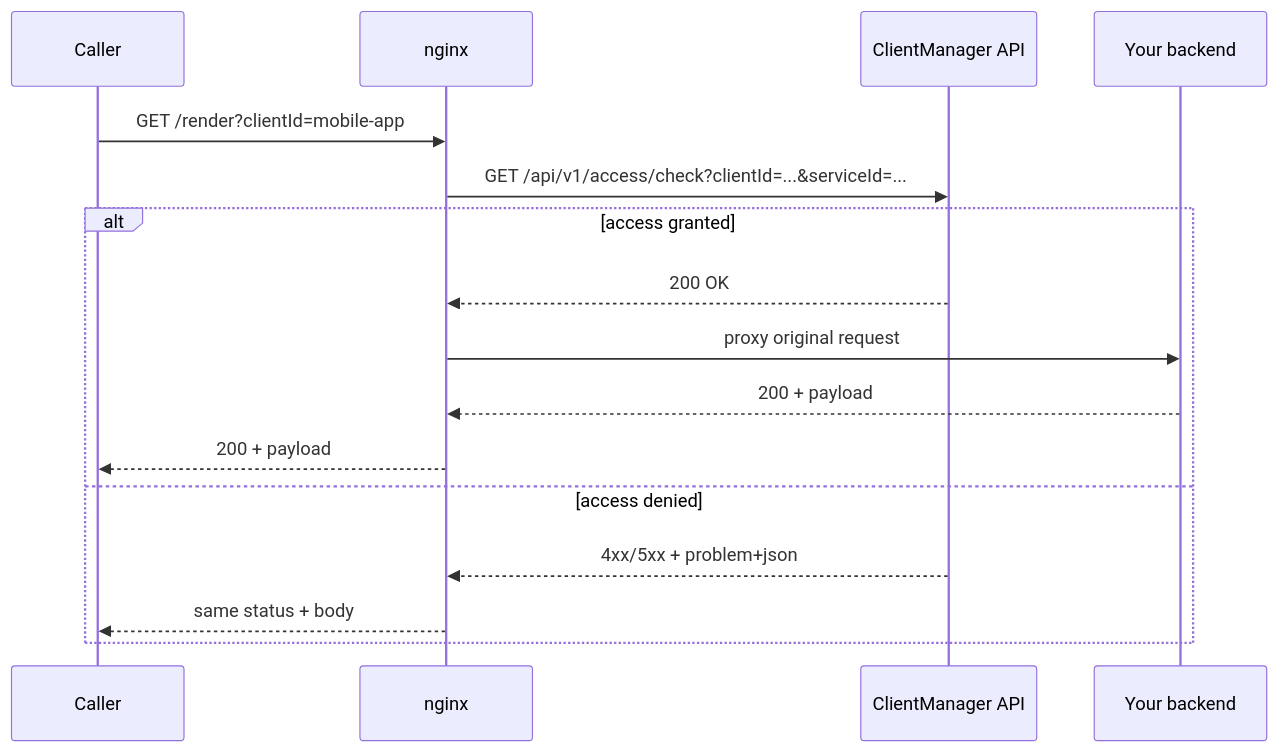
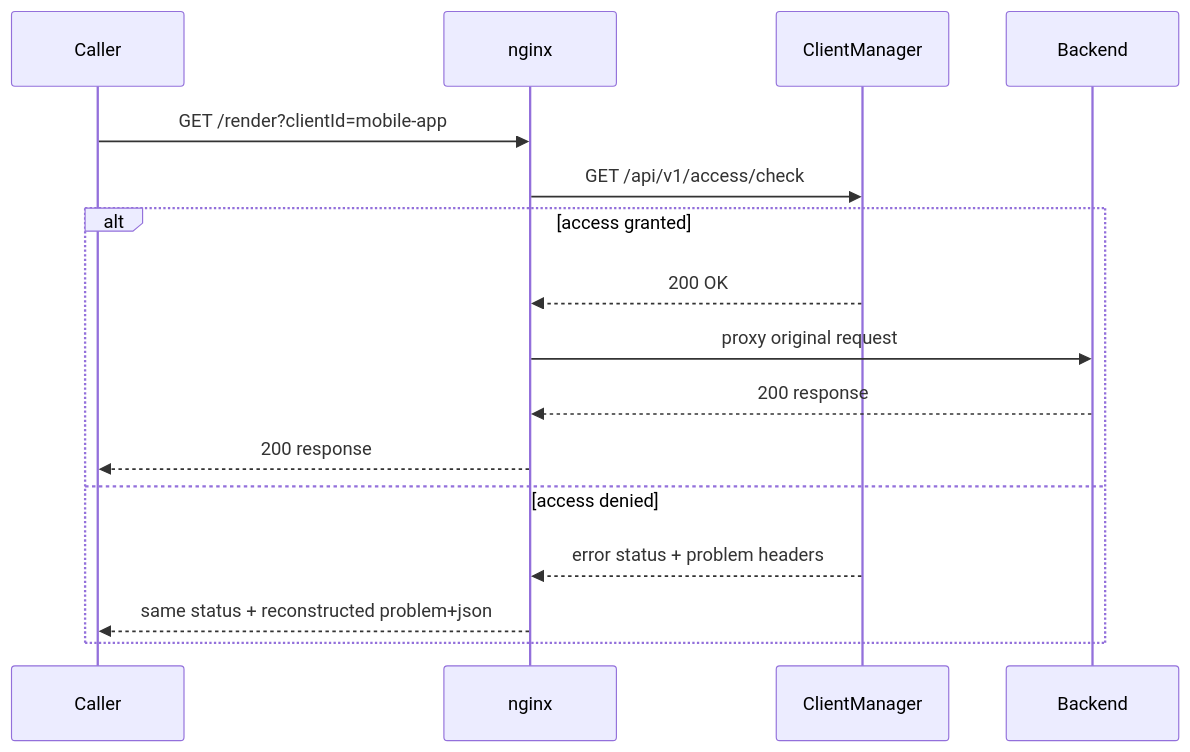
One commit to ShaharMS/ClientManager changed the first of 2 diagrams in docs/integration-guide.md. Above: the diagram before and after it, drawn with Mermaid. The commit also changed other lines of this file and 6 other files, not shown here.

First line of the commit message:
docs: document problem response headers and nginx integration

````diff
--- a/docs/integration-guide.md
+++ b/docs/integration-guide.md
@@ -62,19 +71,19 @@
 ```mermaid
 sequenceDiagram
     participant User as Caller
     participant Nginx as nginx
-    participant CM as ClientManager API
-    participant App as Your backend
+    participant CM as ClientManager
+    participant App as Backend
 
     User->>Nginx: GET /render?clientId=mobile-app
-    Nginx->>CM: GET /api/v1/access/check?clientId=...&serviceId=...
+    Nginx->>CM: GET /api/v1/access/check
     alt access granted
         CM-->>Nginx: 200 OK
         Nginx->>App: proxy original request
-        App-->>Nginx: 200 + payload
-        Nginx-->>User: 200 + payload
+        App-->>Nginx: 200 response
+        Nginx-->>User: 200 response
     else access denied
-        CM-->>Nginx: 4xx/5xx + problem+json
-        Nginx-->>User: same status + body
+        CM-->>Nginx: error status + problem headers
+        Nginx-->>User: same status + reconstructed problem+json
     end
 ```
````
